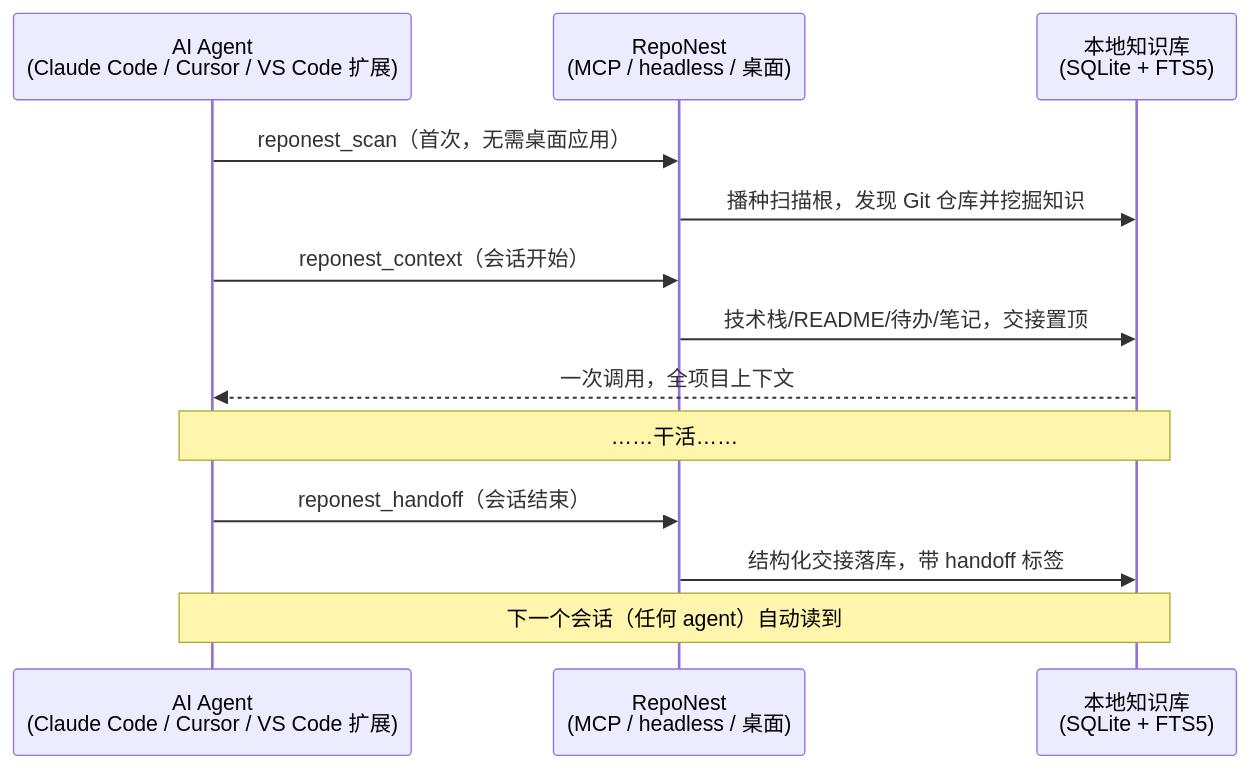
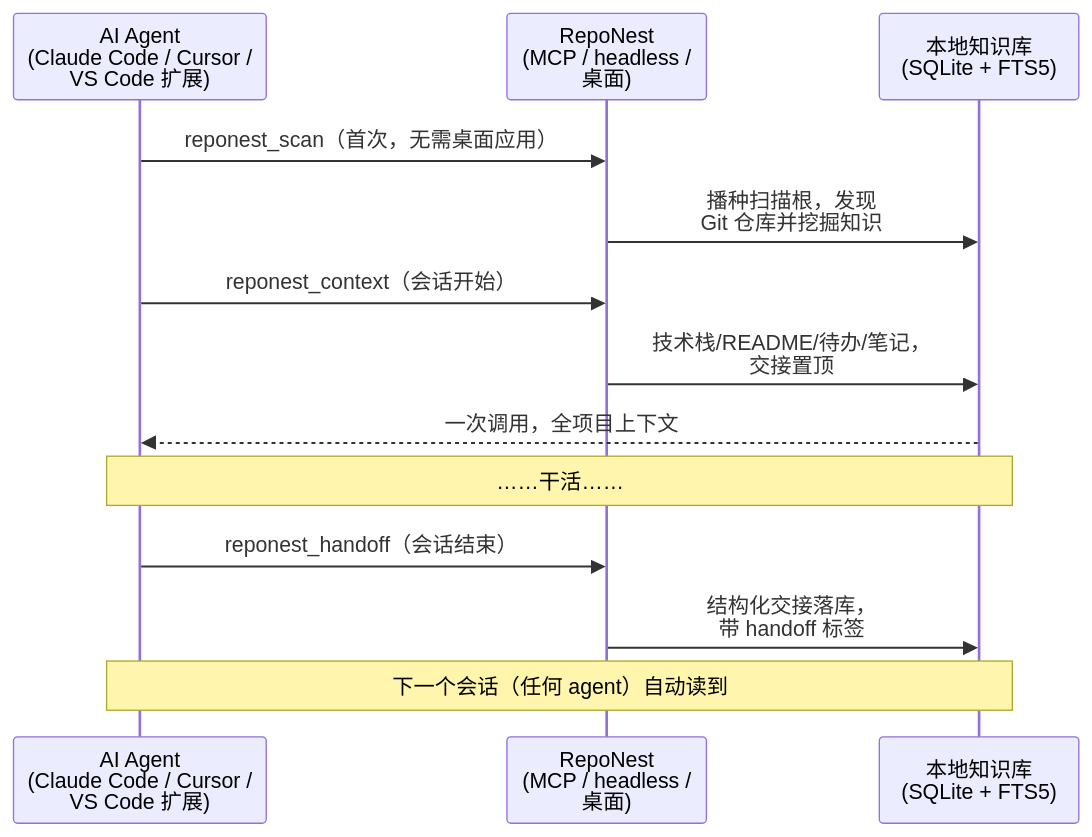
One commit to sky-jiangcheng/RepoNest changed the second of 3 diagrams in docs/index.md. Above: the diagram before and after it, drawn with Mermaid. The commit also changed other lines of this file and 8 other files, not shown here.

Commit message:
docs(diagrams): improve readability of dense architecture diagrams

````diff
--- a/docs/index.md
+++ b/docs/index.md
@@ -37,15 +37,15 @@
 ```mermaid
 sequenceDiagram
-    participant Agent as AI Agent<br>(Claude Code / Cursor / VS Code 扩展)
-    participant RN as RepoNest<br>(MCP / headless / 桌面)
+    participant Agent as AI Agent<br>(Claude Code / Cursor /<br>VS Code 扩展)
+    participant RN as RepoNest<br>(MCP / headless /<br>桌面)
     participant KB as 本地知识库<br>(SQLite + FTS5)
     Agent->>RN: reponest_scan（首次，无需桌面应用）
-    RN->>KB: 播种扫描根，发现 Git 仓库并挖掘知识
+    RN->>KB: 播种扫描根，发现<br>Git 仓库并挖掘知识
     Agent->>RN: reponest_context（会话开始）
-    RN->>KB: 技术栈/README/待办/笔记，交接置顶
+    RN->>KB: 技术栈/README/待办/笔记，<br>交接置顶
     KB-->>Agent: 一次调用，全项目上下文
     Note over Agent,KB: ……干活……
     Agent->>RN: reponest_handoff（会话结束）
-    RN->>KB: 结构化交接落库，带 handoff 标签
+    RN->>KB: 结构化交接落库，<br>带 handoff 标签
     Note over KB,Agent: 下一个会话（任何 agent）自动读到
 ```
````
